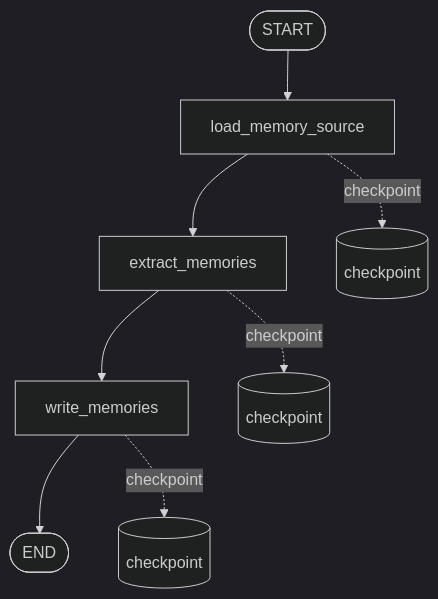
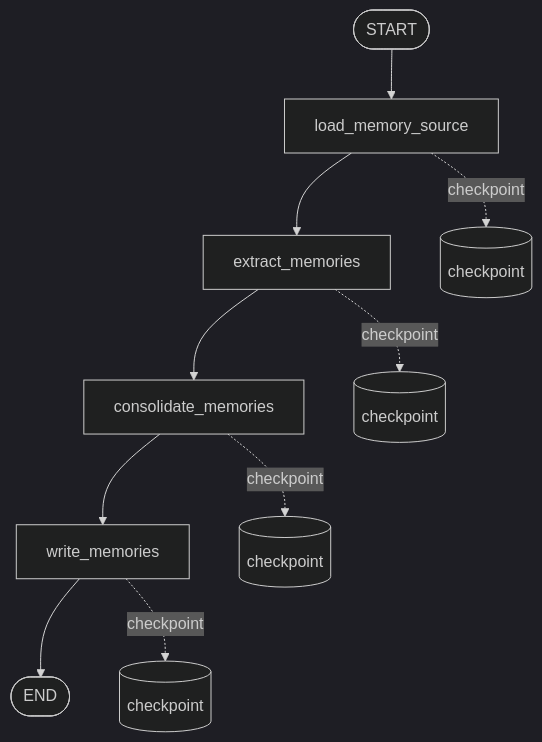
One commit to LiuJiaxuan1024/AiMemo changed the diagram in docs/agent/conversation-memory-graph.md. Above: the diagram before and after it, drawn with Mermaid (dark theme). The commit also changed other lines of this file and 6 other files, not shown here.

Commit message:
Add memory consolidation graph step

````diff
--- a/docs/agent/conversation-memory-graph.md
+++ b/docs/agent/conversation-memory-graph.md
@@ -14,11 +15,13 @@
 ```mermaid
 flowchart TD
     Start([START]) --> Load[load_memory_source]
     Load --> Extract[extract_memories]
-    Extract --> Write[write_memories]
+    Extract --> Consolidate[consolidate_memories]
+    Consolidate --> Write[write_memories]
     Write --> End([END])
 
     Load -. checkpoint .-> CP1[(checkpoint)]
     Extract -. checkpoint .-> CP2[(checkpoint)]
-    Write -. checkpoint .-> CP3[(checkpoint)]
+    Consolidate -. checkpoint .-> CP3[(checkpoint)]
+    Write -. checkpoint .-> CP4[(checkpoint)]
 ```
````
